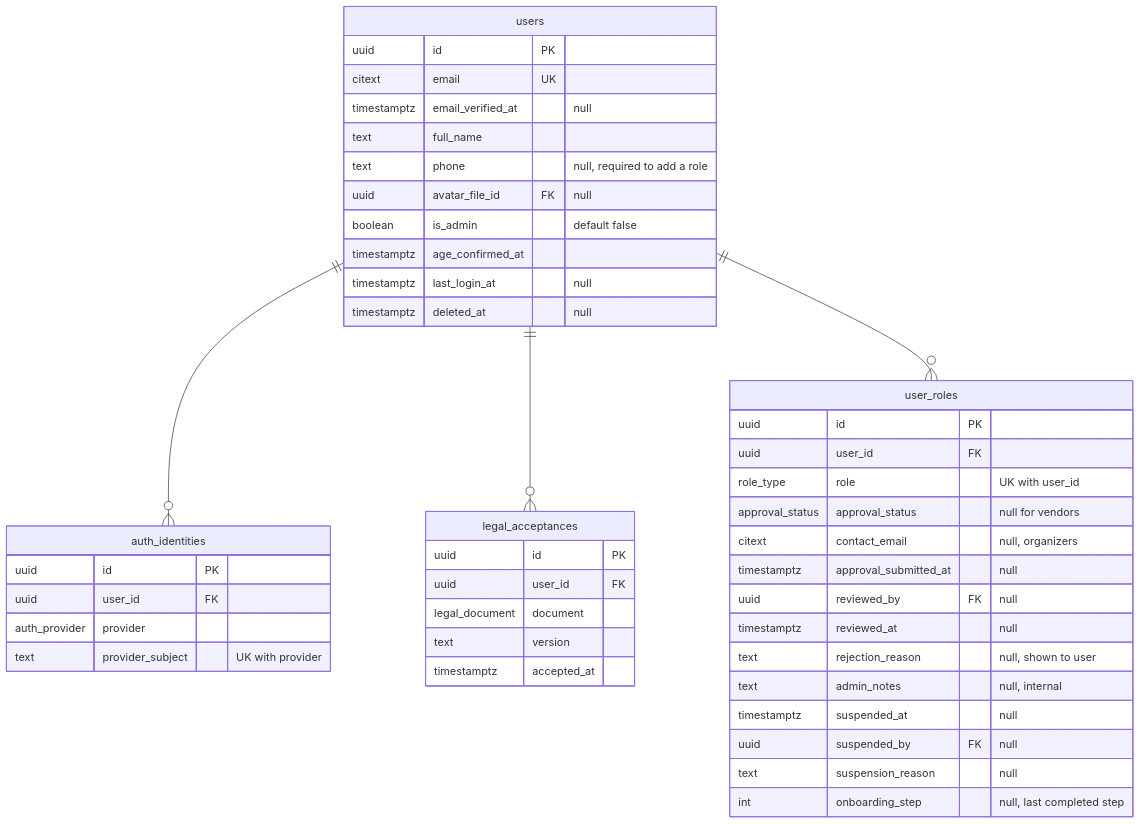
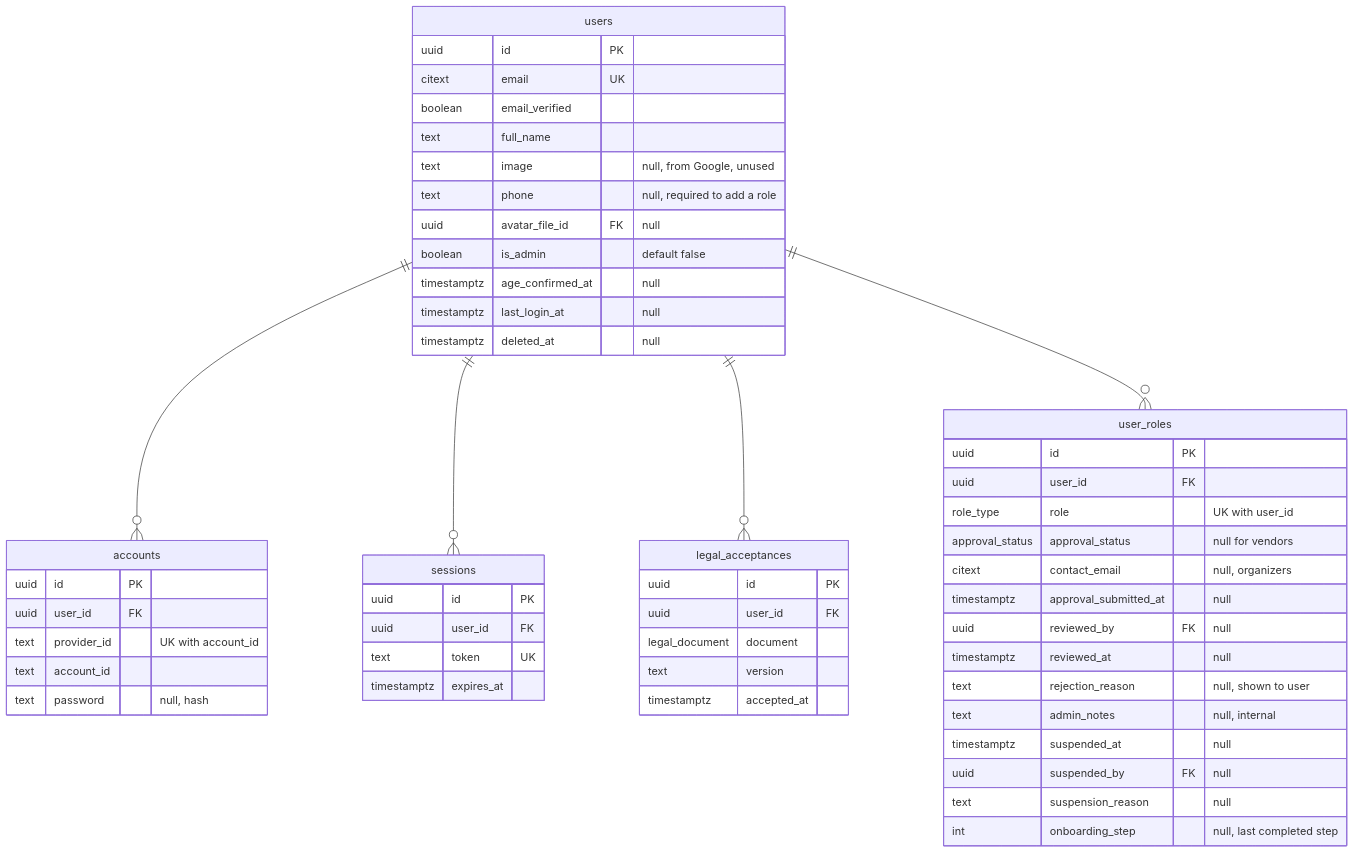
One commit to Aycees/Creavent changed the second of 6 diagrams in docs/data-model.md. Above: the diagram before and after it, drawn with Mermaid. The commit also changed other lines of this file and 14 other files, not shown here.

First line of the commit message:
Add the accounts, files, and profiles schema (feature 1.1)

````diff
--- a/docs/data-model.md
+++ b/docs/data-model.md
@@ -124,47 +123,56 @@
 ```mermaid
 erDiagram
     users {
         uuid id PK
         citext email UK
-        timestamptz email_verified_at "null"
+        boolean email_verified
         text full_name
+        text image "null, from Google, unused"
         text phone "null, required to add a role"
         uuid avatar_file_id FK "null"
         boolean is_admin "default false"
-        timestamptz age_confirmed_at
+        timestamptz age_confirmed_at "null"
         timestamptz last_login_at "null"
         timestamptz deleted_at "null"
     }
-    auth_identities {
+    accounts {
         uuid id PK
         uuid user_id FK
-        auth_provider provider
-        text provider_subject "UK with provider"
+        text provider_id "UK with account_id"
+        text account_id
+        text password "null, hash"
+    }
+    sessions {
+        uuid id PK
+        uuid user_id FK
+        text token UK
+        timestamptz expires_at
     }
     legal_acceptances {
         uuid id PK
         uuid user_id FK
         legal_document document
         text version
         timestamptz accepted_at
     }
     user_roles {
         uuid id PK
         uuid user_id FK
         role_type role "UK with user_id"
         approval_status approval_status "null for vendors"
         citext contact_email "null, organizers"
         timestamptz approval_submitted_at "null"
         uuid reviewed_by FK "null"
         timestamptz reviewed_at "null"
         text rejection_reason "null, shown to user"
         text admin_notes "null, internal"
         timestamptz suspended_at "null"
         uuid suspended_by FK "null"
         text suspension_reason "null"
         int onboarding_step "null, last completed step"
     }
-    users ||--o{ auth_identities : ""
+    users ||--o{ accounts : ""
+    users ||--o{ sessions : ""
     users ||--o{ legal_acceptances : ""
     users ||--o{ user_roles : ""
 ```
````
